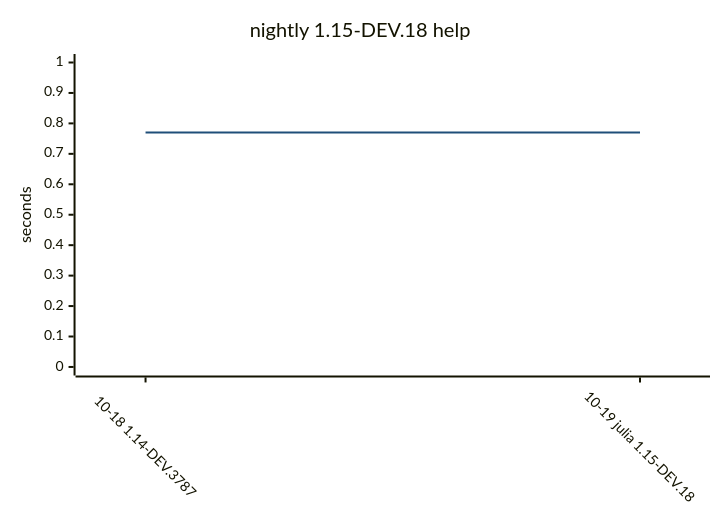
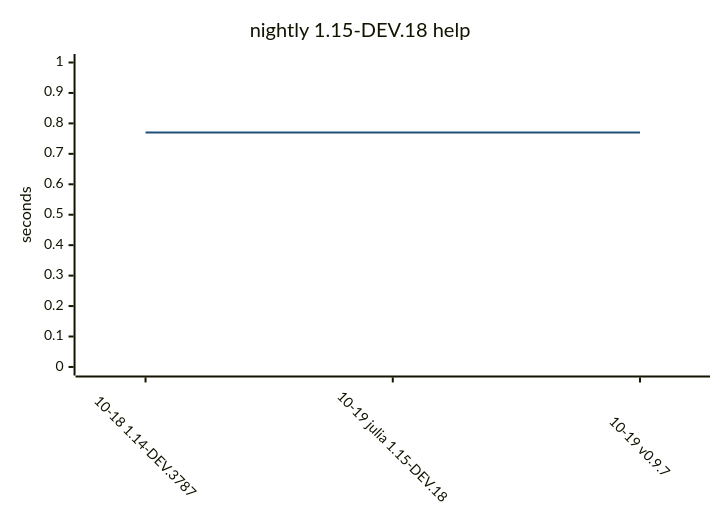
Diagram 11 of 15 in README.md (yamanori99/DistSSHQueue.jl), drawn with Mermaid before and after one commit. The commit also changed other lines of this file and 1 other file, not shown here.

````diff
--- a/README.md
+++ b/README.md
@@ -381,17 +379,17 @@
 ```mermaid
 ---
 config:
   theme: base
   themeVariables:
     xyChart:
       plotColorPalette: "#1f4e79"
   xyChart:
     xAxis:
       labelRotation: 45
 ---
 xychart-beta
     title "nightly 1.15-DEV.18 help"
-    x-axis ["10-18 1.14-DEV.3787", "10-19 julia 1.15-DEV.18"]
+    x-axis ["10-18 1.14-DEV.3787", "10-19 julia 1.15-DEV.18", "10-19 v0.9.7"]
     y-axis "seconds" 0 --> 1
-    line [0.77, 0.77]
+    line [0.77, 0.77, 0.77]
 ```
````
